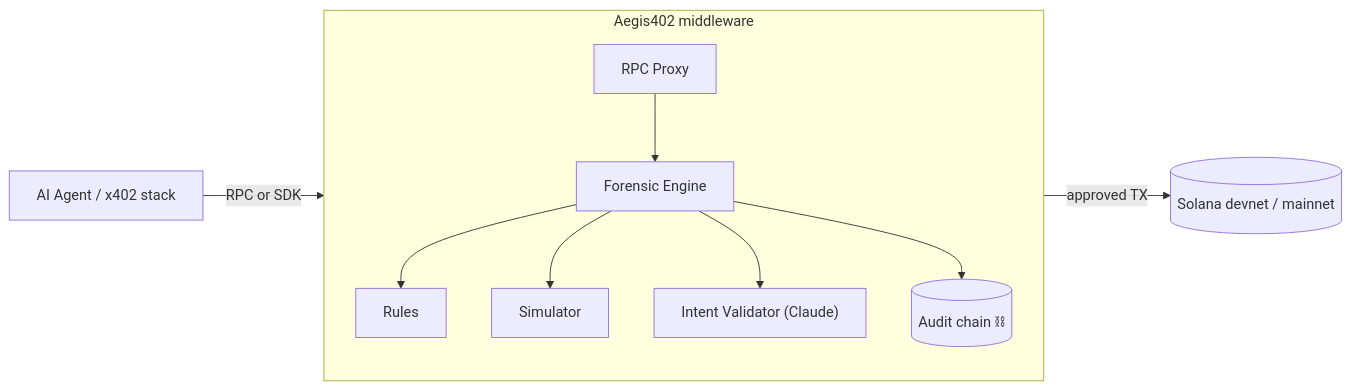
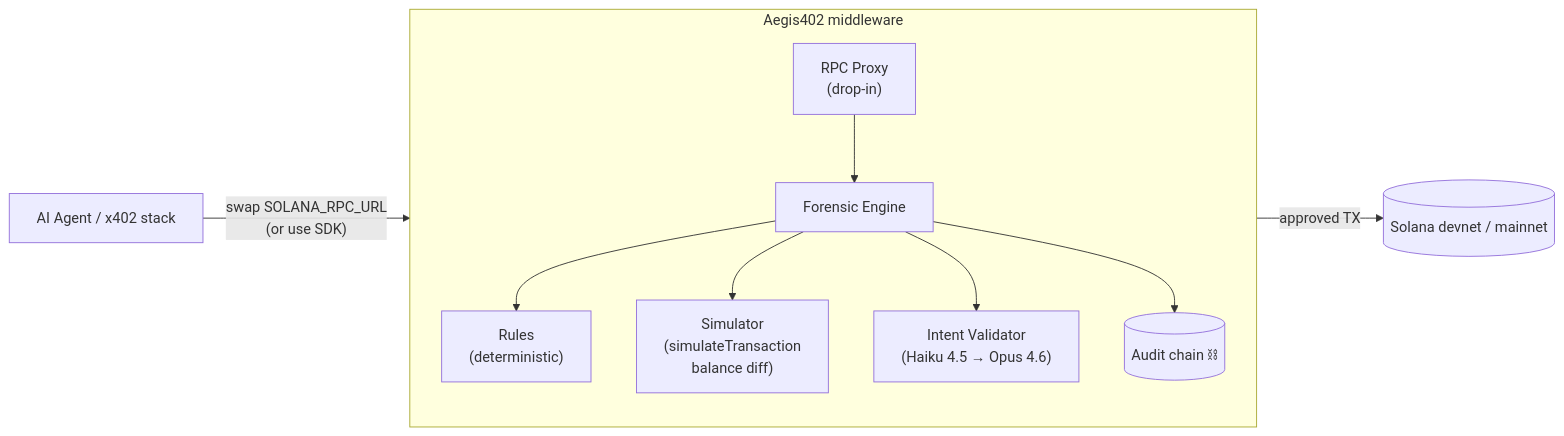
Before and after one commit to mvcavalheirojr/aegis402: the diagram in README.md, drawn with Mermaid. The commit also changed other lines of this file and 3 other files, not shown here.

First line of the commit message:
docs: sharpen latency, simulateTransaction and drop-in RPC pitch

````diff
--- a/README.md
+++ b/README.md
@@ -52,13 +54,13 @@
 ```mermaid
 flowchart LR
-    A["AI Agent / x402 stack"] -->|"RPC or SDK"| P
+    A["AI Agent / x402 stack"] -->|"swap SOLANA_RPC_URL<br/>(or use SDK)"| P
     subgraph AEGIS["Aegis402 middleware"]
         direction TB
-        P["RPC Proxy"] --> E["Forensic Engine"]
-        E --> R["Rules"]
-        E --> S["Simulator"]
-        E --> I["Intent Validator (Claude)"]
+        P["RPC Proxy<br/>(drop-in)"] --> E["Forensic Engine"]
+        E --> R["Rules<br/>(deterministic)"]
+        E --> S["Simulator<br/>(simulateTransaction<br/>balance diff)"]
+        E --> I["Intent Validator<br/>(Haiku 4.5 → Opus 4.6)"]
         E --> AU[("Audit chain ⛓")]
     end
     P -->|"approved TX"| SOL[("Solana devnet / mainnet")]
 ```
````
